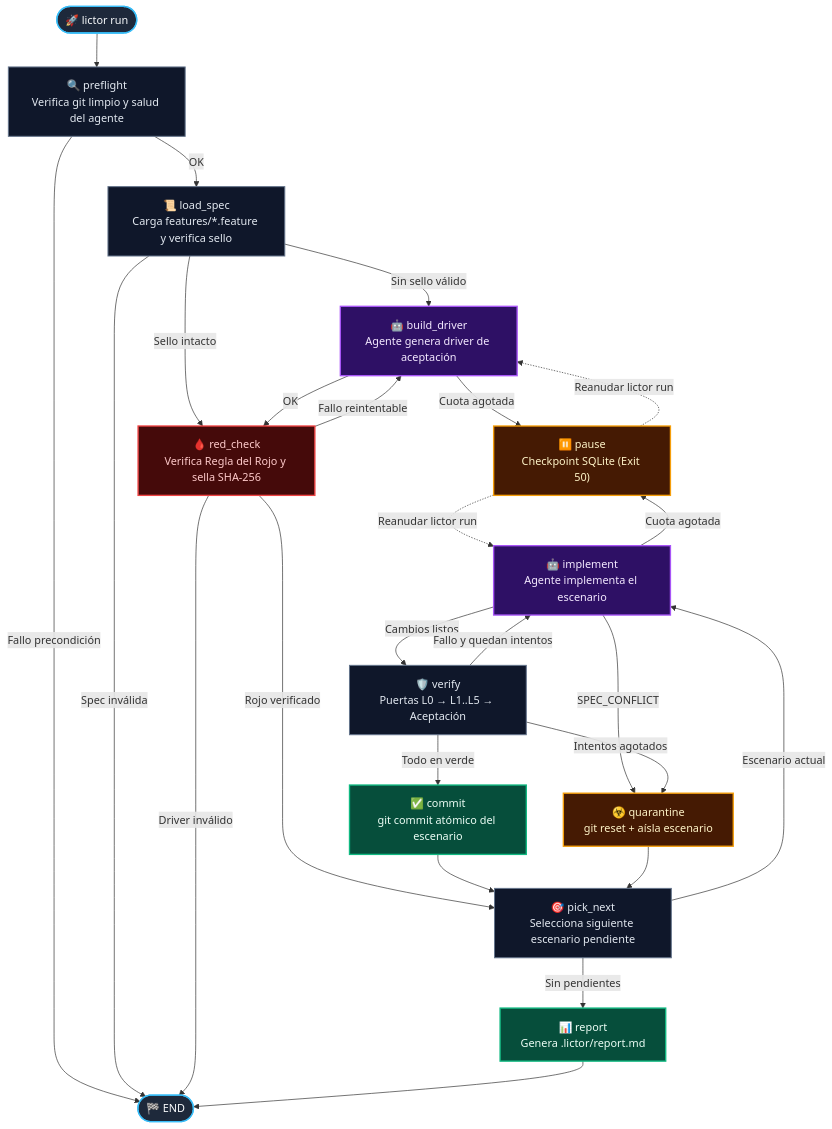
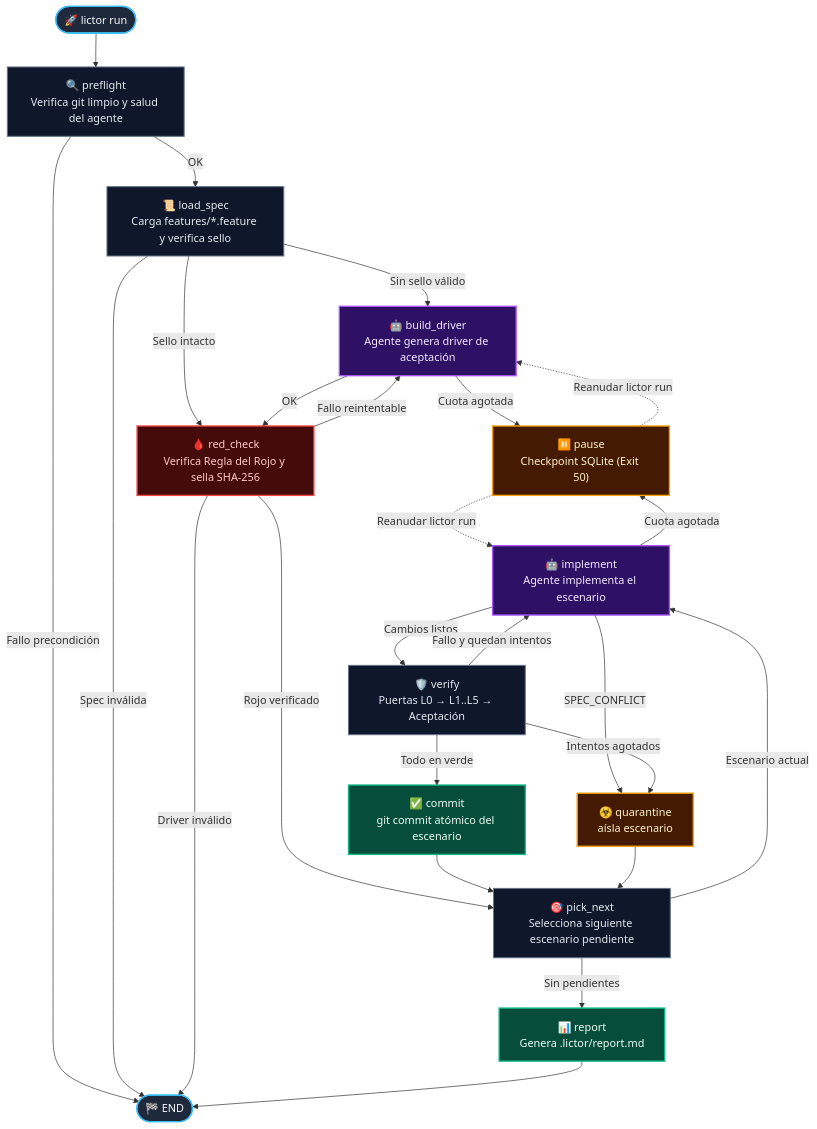
The first of 2 diagrams in README.md (jmorenobl/lictor), drawn with Mermaid before and after one commit. The commit also changed other lines of this file and 3 other files, not shown here.

````diff
--- a/README.md
+++ b/README.md
@@ -86,34 +86,34 @@
 ```mermaid
 flowchart TD
     classDef entry fill:#1E293B,stroke:#38BDF8,stroke-width:2px,color:#F8FAFC
     classDef gate fill:#0F172A,stroke:#64748B,stroke-width:1.5px,color:#E2E8F0
     classDef agent fill:#2E1065,stroke:#A855F7,stroke-width:2px,color:#F3E8FF
     classDef red fill:#450A0A,stroke:#EF4444,stroke-width:2px,color:#FECACA
     classDef green fill:#064E3B,stroke:#10B981,stroke-width:2px,color:#ECFDF5
     classDef warn fill:#451A03,stroke:#F59E0B,stroke-width:2px,color:#FEF3C7
 
     Start(["🚀 lictor run"]):::entry --> preflight["🔍 preflight<br/>Verifica git limpio y salud del agente"]:::gate
     preflight -->|Fallo precondición| End(["🏁 END"]):::entry
     preflight -->|OK| load_spec["📜 load_spec<br/>Carga features/*.feature y verifica sello"]:::gate
     load_spec -->|Spec inválida| End
     load_spec -->|Sin sello válido| build_driver["🤖 build_driver<br/>Agente genera driver de aceptación"]:::agent
     load_spec -->|Sello intacto| red_check["🩸 red_check<br/>Verifica Regla del Rojo y sella SHA-256"]:::red
     build_driver -->|Cuota agotada| pause["⏸️ pause<br/>Checkpoint SQLite (Exit 50)"]:::warn
     build_driver -->|OK| red_check
     red_check -->|Fallo reintentable| build_driver
     red_check -->|Driver inválido| End
     red_check -->|Rojo verificado| pick_next["🎯 pick_next<br/>Selecciona siguiente escenario pendiente"]:::gate
     pick_next -->|Sin pendientes| report["📊 report<br/>Genera .lictor/report.md"]:::green
     pick_next -->|Escenario actual| implement["🤖 implement<br/>Agente implementa el escenario"]:::agent
     implement -->|Cuota agotada| pause
-    implement -->|SPEC_CONFLICT| quarantine["☣️ quarantine<br/>git reset + aísla escenario"]:::warn
+    implement -->|SPEC_CONFLICT| quarantine["☣️ quarantine<br/>aísla escenario"]:::warn
     implement -->|Cambios listos| verify["🛡️ verify<br/>Puertas L0 → L1..L5 → Aceptación"]:::gate
     verify -->|Todo en verde| commit["✅ commit<br/>git commit atómico del escenario"]:::green
     verify -->|Fallo y quedan intentos| implement
     verify -->|Intentos agotados| quarantine
     commit --> pick_next
     quarantine --> pick_next
     pause -.->|Reanudar lictor run| implement
     pause -.->|Reanudar lictor run| build_driver
     report --> End
 ```
````
